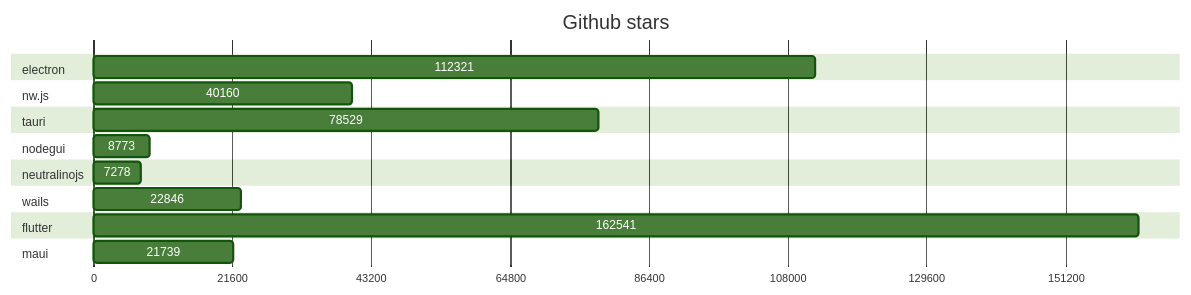
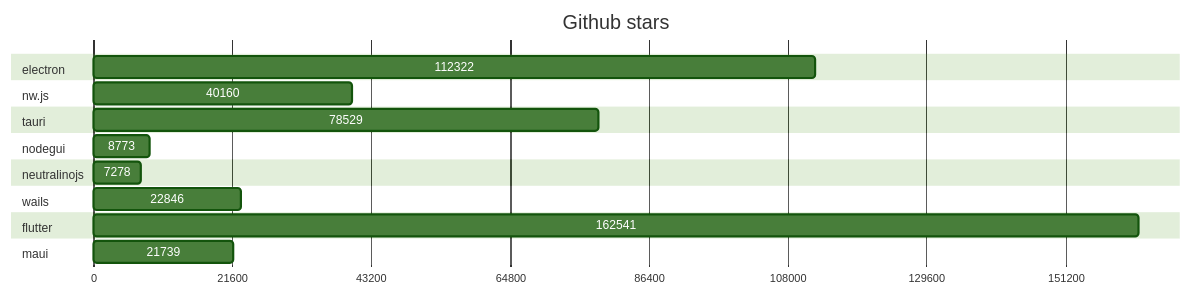
Before and after one commit to Elanis/web-to-desktop-framework-comparison: the first of 2 diagrams in GRAPHS.md, drawn with Mermaid (forest theme). The commit also changed 1 other file, not shown here.

Commit message:
Update stars & Fork

````diff
--- a/GRAPHS.md
+++ b/GRAPHS.md
@@ -5,40 +5,40 @@
 ```mermaid
 gantt
     title Github stars
     dateFormat  X
     axisFormat %s
 
 
 	section electron
-	112321 : 0, 112321
+	112322 : 0, 112322
 
 	
 	section nw.js
 	40160 : 0, 40160
 
 	
 	section tauri
 	78529 : 0, 78529
 
 	
 	section nodegui
 	8773 : 0, 8773
 
 	
 	section neutralinojs
 	7278 : 0, 7278
 
 	
 	section wails
 	22846 : 0, 22846
 
 	
 	section flutter
 	162541 : 0, 162541
 
 	
 	section maui
 	21739 : 0, 21739
 
 	
 ```
````
